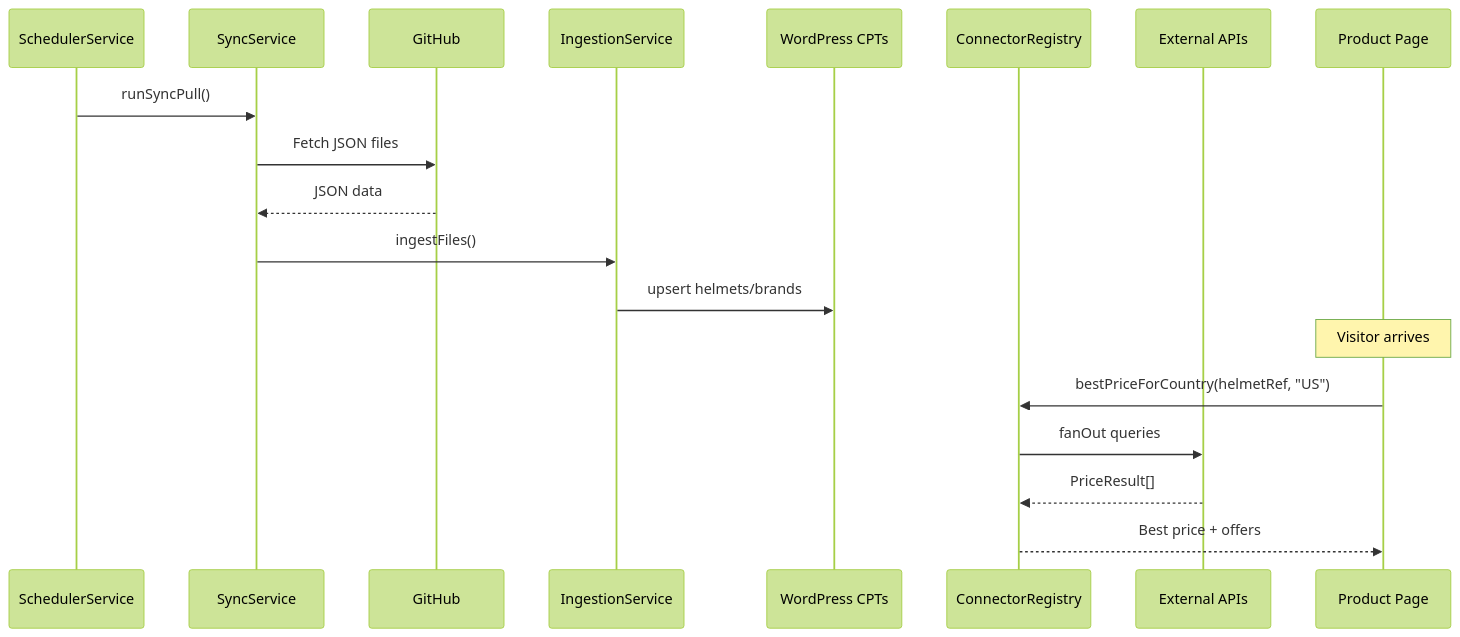
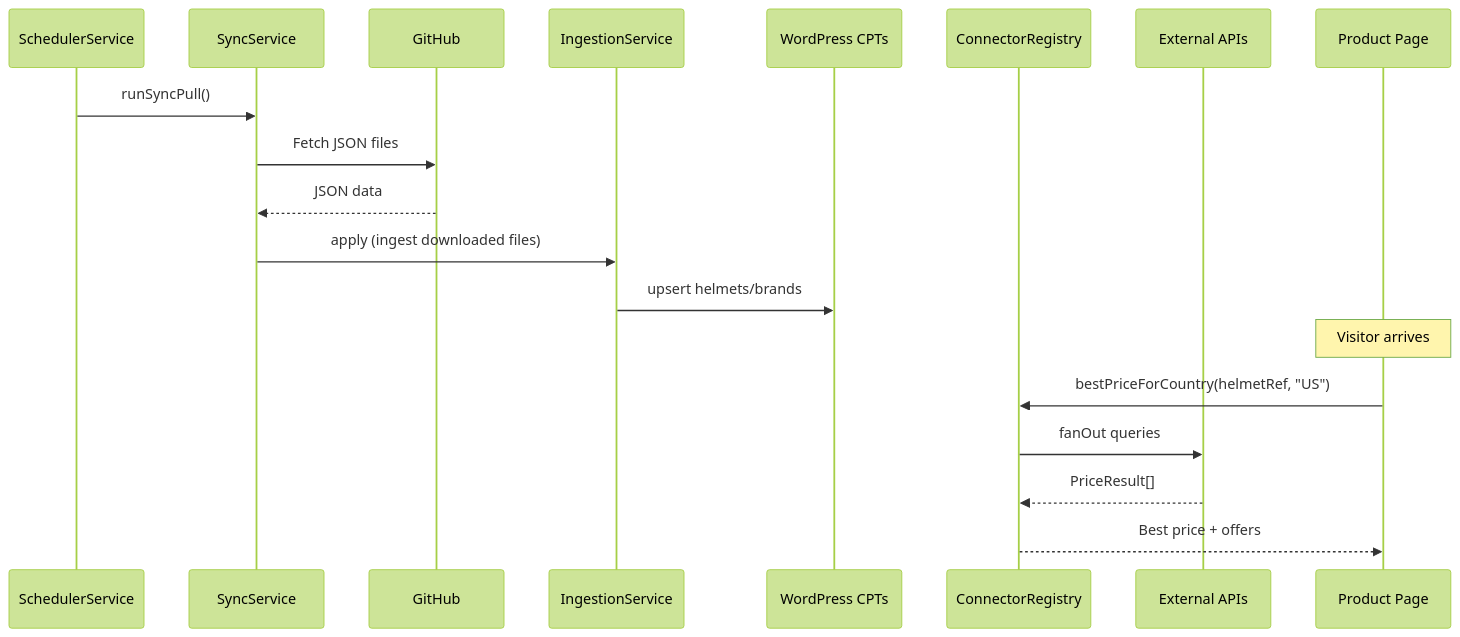
Before and after one commit to ashishdungdung/helmetsan: the second of 2 diagrams in docs/architecture.md, drawn with Mermaid (forest theme). The commit also changed other lines of this file and 76 other files, not shown here.

````diff
--- a/docs/architecture.md
+++ b/docs/architecture.md
@@ -120,23 +123,23 @@
 ```mermaid
 sequenceDiagram
     participant Cron as SchedulerService
     participant Sync as SyncService
     participant GH as GitHub
     participant Ing as IngestionService
     participant WP as WordPress CPTs
     participant Mkt as ConnectorRegistry
     participant APIs as External APIs
     participant PDP as Product Page
 
     Cron->>Sync: runSyncPull()
     Sync->>GH: Fetch JSON files
     GH-->>Sync: JSON data
-    Sync->>Ing: ingestFiles()
+    Sync->>Ing: apply (ingest downloaded files)
     Ing->>WP: upsert helmets/brands
 
     Note over PDP: Visitor arrives
     PDP->>Mkt: bestPriceForCountry(helmetRef, "US")
     Mkt->>APIs: fanOut queries
     APIs-->>Mkt: PriceResult[]
     Mkt-->>PDP: Best price + offers
 ```
````
